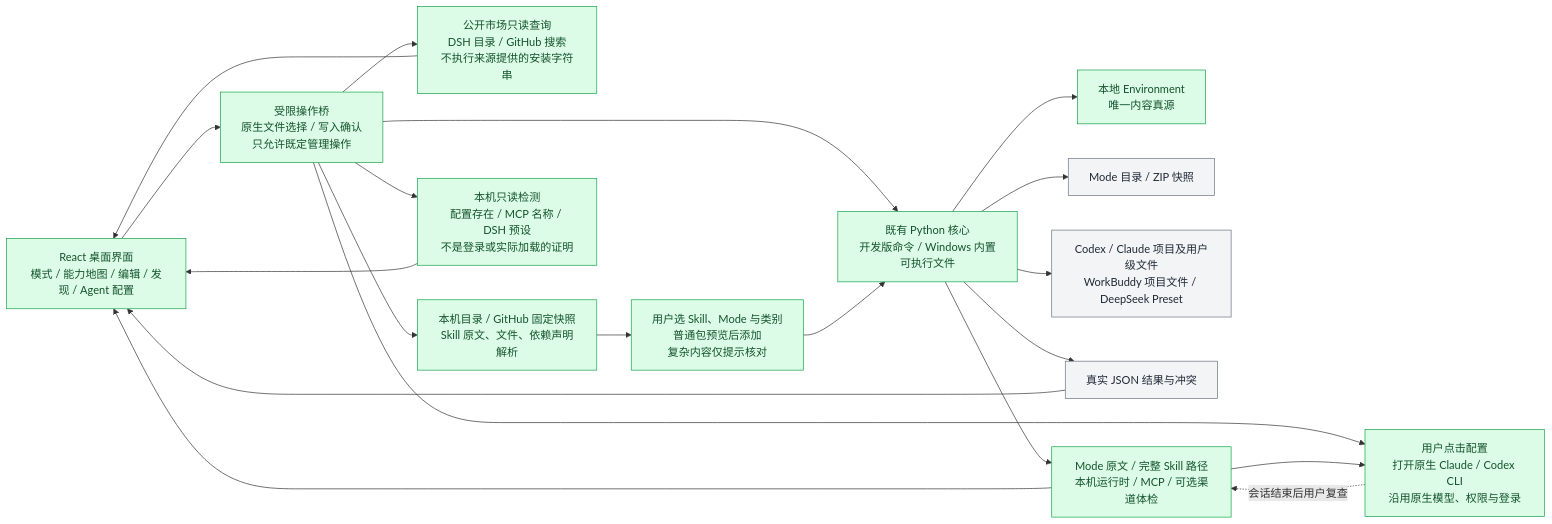
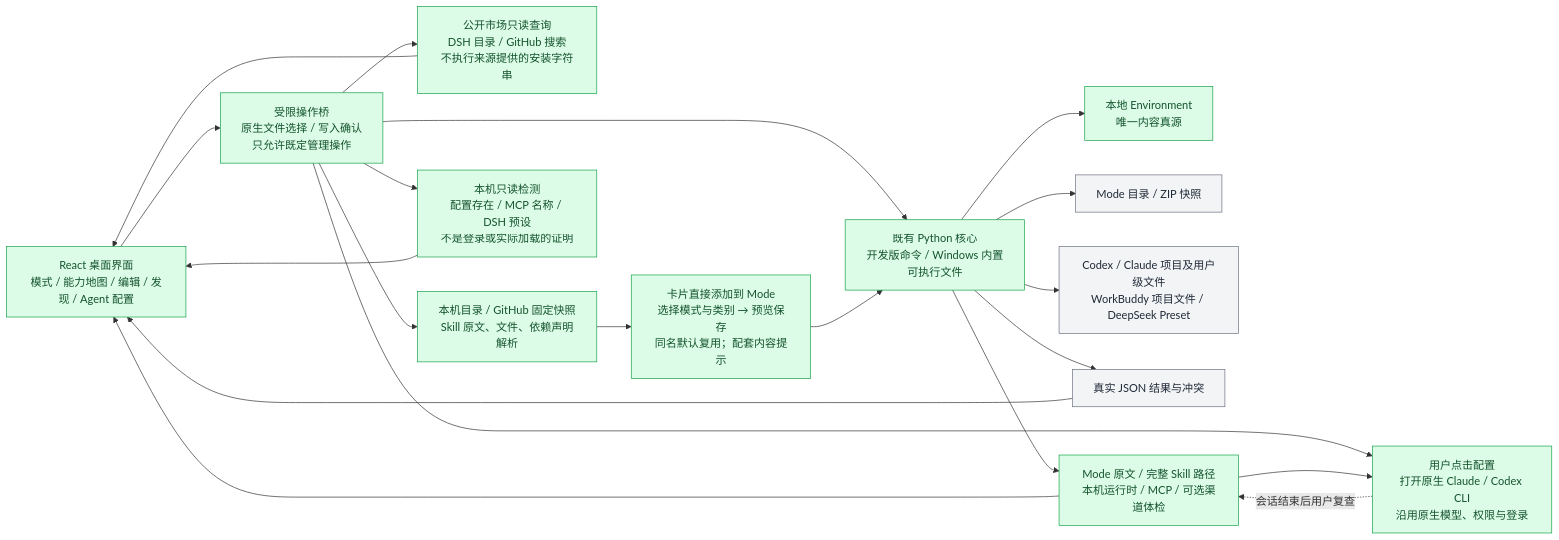
The seventh of 20 diagrams in docs/asl-architecture-views.md (qihangzhang-272/asl-harness), drawn with Mermaid before and after one commit. The commit also changed other lines of this file and 4 other files, not shown here.

````diff
--- a/docs/asl-architecture-views.md
+++ b/docs/asl-architecture-views.md
@@ -610,26 +610,26 @@
 ```mermaid
 flowchart LR
     UI["React 桌面界面<br/>模式 / 能力地图 / 编辑 / 发现 / Agent 配置"] --> IPC["受限操作桥<br/>原生文件选择 / 写入确认<br/>只允许既定管理操作"]
     IPC --> CORE["既有 Python 核心<br/>开发版命令 / Windows 内置可执行文件"]
     CORE --> ENV["本地 Environment<br/>唯一内容真源"]
     CORE --> PACK["Mode 目录 / ZIP 快照"]
     CORE --> HOST["Codex / Claude 项目及用户级文件<br/>WorkBuddy 项目文件 / DeepSeek Preset"]
     CORE --> RESULT["真实 JSON 结果与冲突"]
     IPC --> MARKET["公开市场只读查询<br/>DSH 目录 / GitHub 搜索<br/>不执行来源提供的安装字符串"]
     IPC --> SCAN["本机目录 / GitHub 固定快照<br/>Skill 原文、文件、依赖声明解析"]
-    SCAN --> CHOICE["用户选 Skill、Mode 与类别<br/>普通包预览后添加<br/>复杂内容仅提示核对"]
+    SCAN --> CHOICE["卡片直接添加到 Mode<br/>选择模式与类别 → 预览保存<br/>同名默认复用；配套内容提示"]
     CHOICE --> CORE
     IPC --> NATIVE["本机只读检测<br/>配置存在 / MCP 名称 / DSH 预设<br/>不是登录或实际加载的证明"]
     CORE --> CHECK["Mode 原文 / 完整 Skill 路径<br/>本机运行时 / MCP / 可选渠道体检"]
     IPC --> ASSIST["用户点击配置<br/>打开原生 Claude / Codex CLI<br/>沿用原生模型、权限与登录"]
     CHECK --> ASSIST
     ASSIST -.会话结束后用户复查.-> CHECK
     CHECK --> UI
     MARKET --> UI
     NATIVE --> UI
     RESULT --> UI
     classDef done fill:#dcfce7,stroke:#16a34a,color:#14532d;
     classDef generated fill:#f3f4f6,stroke:#6b7280,color:#1f2937;
     class UI,IPC,CORE,ENV,MARKET,SCAN,CHOICE,NATIVE,CHECK,ASSIST done;
     class PACK,HOST,RESULT generated;
 ```
````
